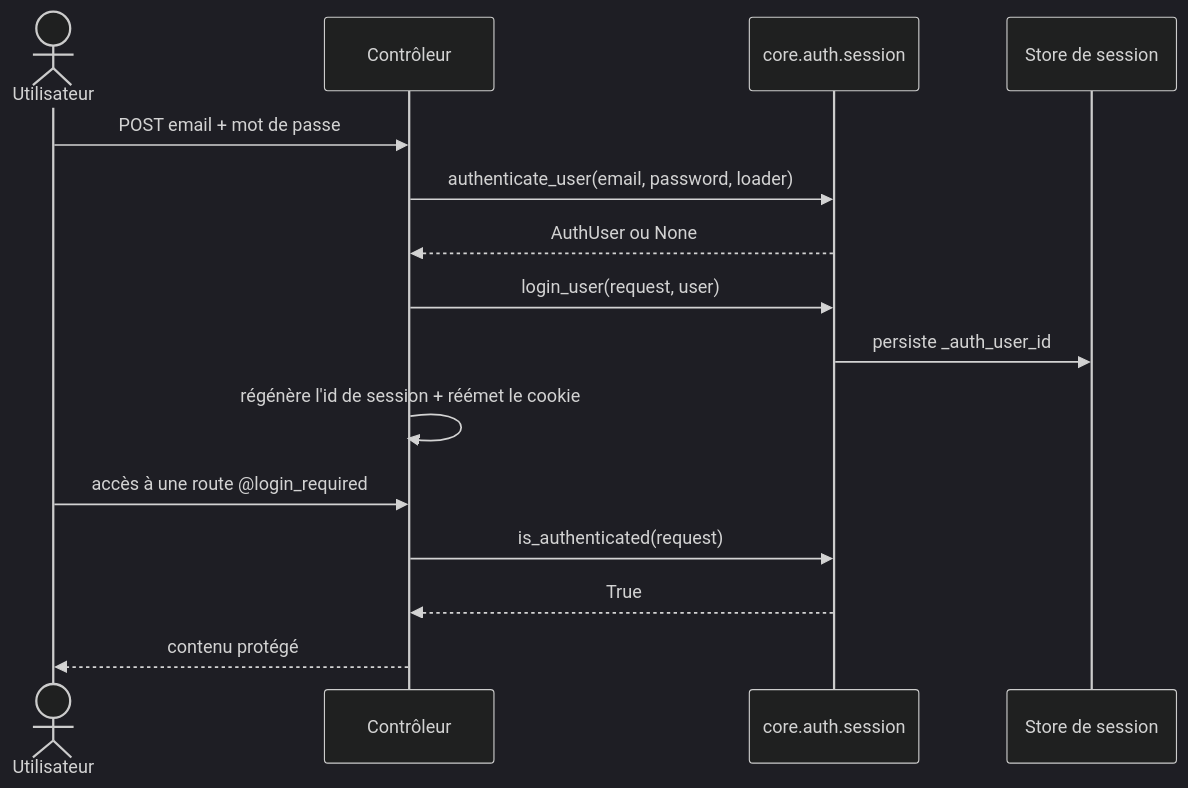
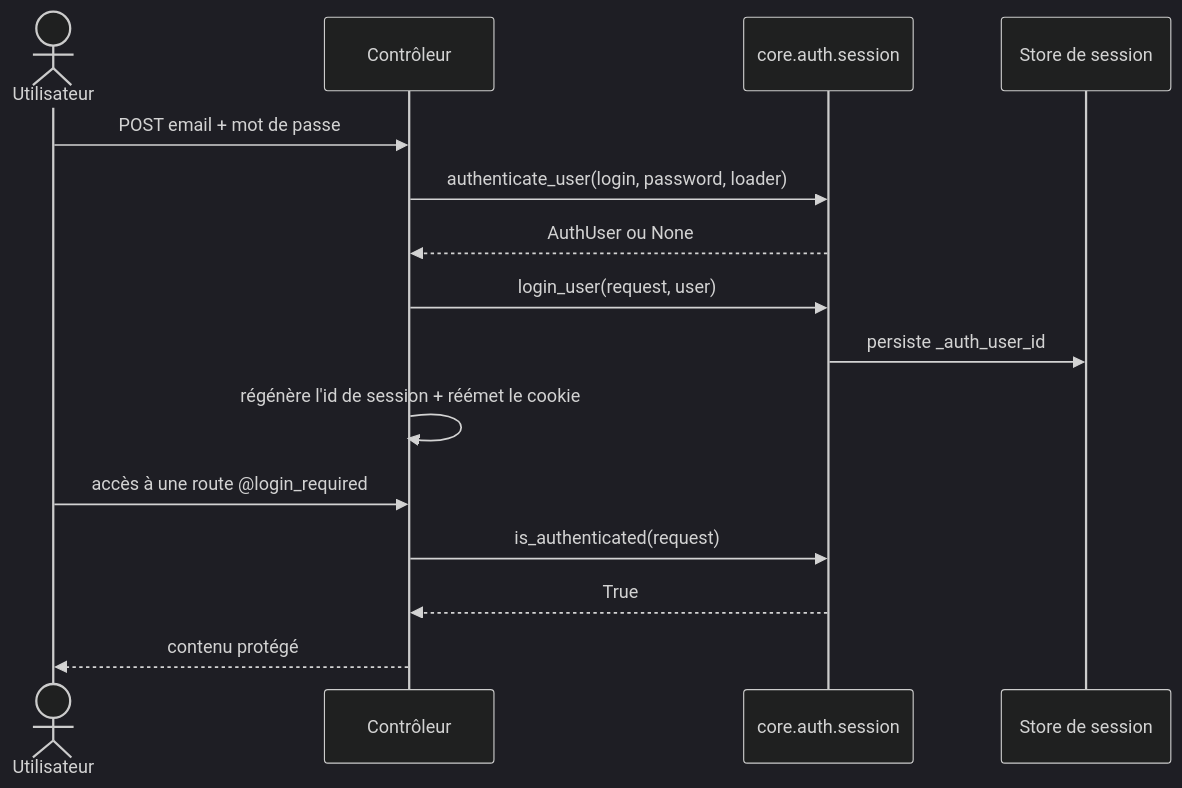
Before and after one commit to caucrogeGit/Forge: the second of 2 diagrams in core/auth/docs/session.md, drawn with Mermaid (dark theme). The commit also changed other lines of this file and 7 other files, not shown here.

First line of the commit message:
docs(auth): aligner la documentation sur le contrat login/email (AUTH-DOC-LOGIN-CONTRACT-001)

````diff
--- a/core/auth/docs/session.md
+++ b/core/auth/docs/session.md
@@ -75,18 +75,18 @@
 ```mermaid
 sequenceDiagram
     actor User as Utilisateur
     participant Ctrl as Contrôleur
     participant Auth as core.auth.session
     participant Store as Store de session
 
     User->>Ctrl: POST email + mot de passe
-    Ctrl->>Auth: authenticate_user(email, password, loader)
+    Ctrl->>Auth: authenticate_user(login, password, loader)
     Auth-->>Ctrl: AuthUser ou None
     Ctrl->>Auth: login_user(request, user)
     Auth->>Store: persiste _auth_user_id
     Ctrl->>Ctrl: régénère l'id de session + réémet le cookie
     User->>Ctrl: accès à une route @login_required
     Ctrl->>Auth: is_authenticated(request)
     Auth-->>Ctrl: True
     Ctrl-->>User: contenu protégé
 ```
````
